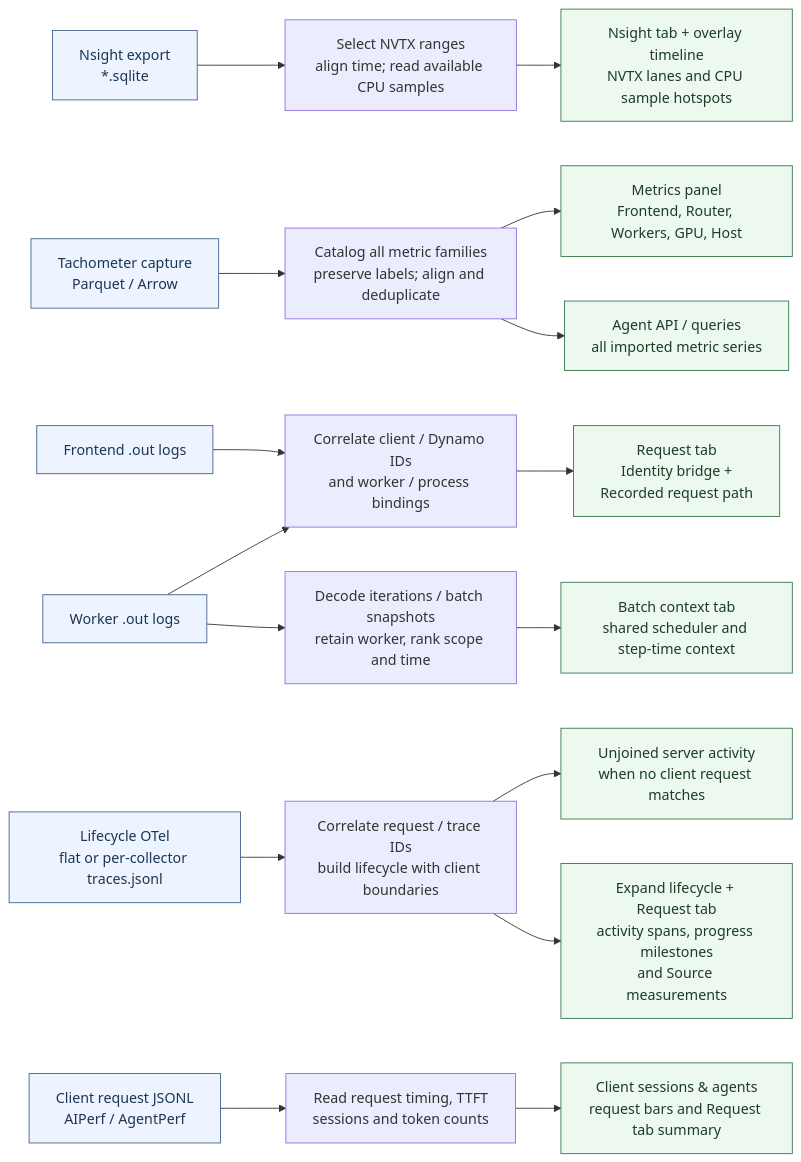
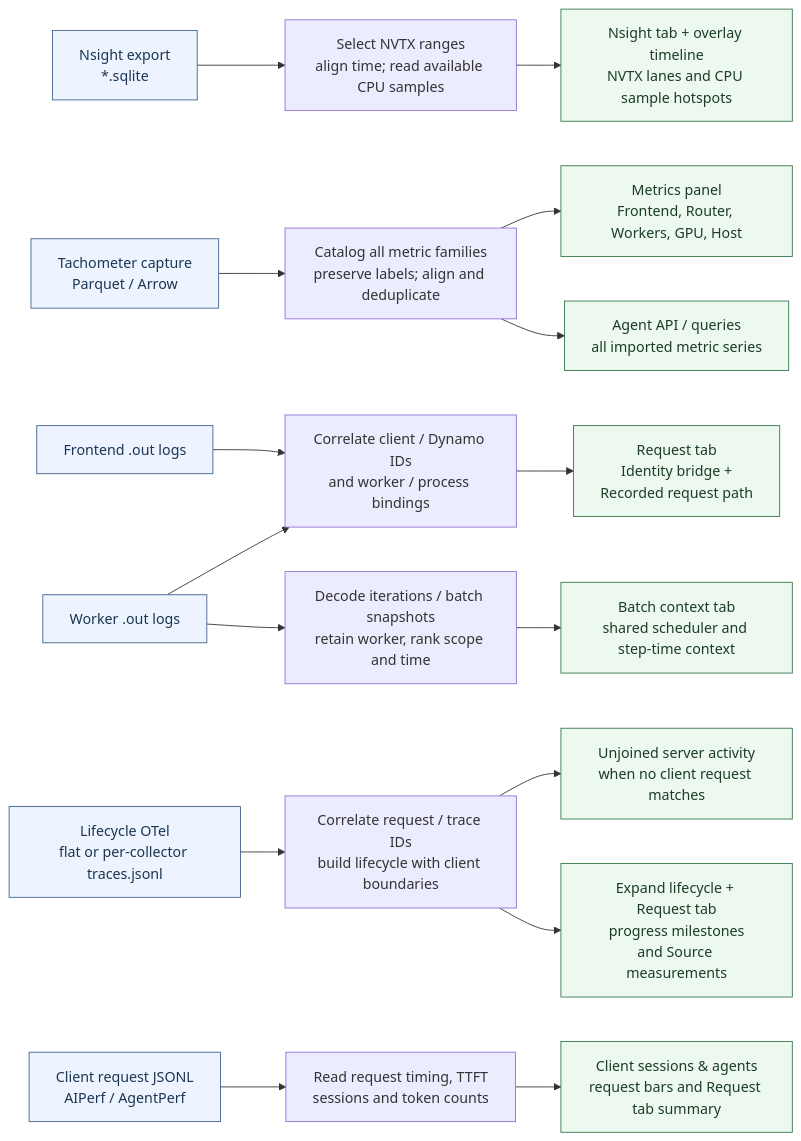
One commit to NVIDIA/srt-slurm changed the first of 2 diagrams in docs/dsight-data-flow.md. Above: the diagram before and after it, drawn with Mermaid. The commit also changed other lines of this file and 5 other files, not shown here.

Commit message:
fix(dsight): show progress milestones as the request breakdown

````diff
--- a/docs/dsight-data-flow.md
+++ b/docs/dsight-data-flow.md
@@ -14,27 +14,27 @@
 ```mermaid
 flowchart LR
     N["Nsight export<br/>*.sqlite"] --> NP["Select NVTX ranges<br/>align time; read available CPU samples"]
     NP --> NU["Nsight tab + overlay timeline<br/>NVTX lanes and CPU sample hotspots"]
 
     T["Tachometer capture<br/>Parquet / Arrow"] --> MP["Catalog all metric families<br/>preserve labels; align and deduplicate"]
     MP --> MU["Metrics panel<br/>Frontend, Router, Workers, GPU, Host"]
     MP --> MQ["Agent API / queries<br/>all imported metric series"]
 
     W["Worker .out logs"] --> IP["Correlate client / Dynamo IDs<br/>and worker / process bindings"]
     F["Frontend .out logs"] --> IP
     IP --> IU["Request tab<br/>Identity bridge +<br/>Recorded request path"]
     W --> BP["Decode iterations / batch snapshots<br/>retain worker, rank scope and time"]
     BP --> BU["Batch context tab<br/>shared scheduler and step-time context"]
 
     O["Lifecycle OTel<br/>flat or per-collector traces.jsonl"] --> LP["Correlate request / trace IDs<br/>build lifecycle with client boundaries"]
     LP --> SU["Unjoined server activity<br/>when no client request matches"]
-    LP --> LU["Expand lifecycle + Request tab<br/>activity spans, progress milestones<br/>and Source measurements"]
+    LP --> LU["Expand lifecycle + Request tab<br/>progress milestones<br/>and Source measurements"]
 
     C["Client request JSONL<br/>AIPerf / AgentPerf"] --> CP["Read request timing, TTFT<br/>sessions and token counts"]
     CP --> CU["Client sessions & agents<br/>request bars and Request tab summary"]
 
     classDef source fill:#edf4ff,stroke:#42638c,color:#1c3553;
     classDef ui fill:#edf8ef,stroke:#36784c,color:#1c3c28;
     class N,T,W,F,O,C source;
     class NU,MU,MQ,IU,BU,LU,SU,CU ui;
 ```
````
